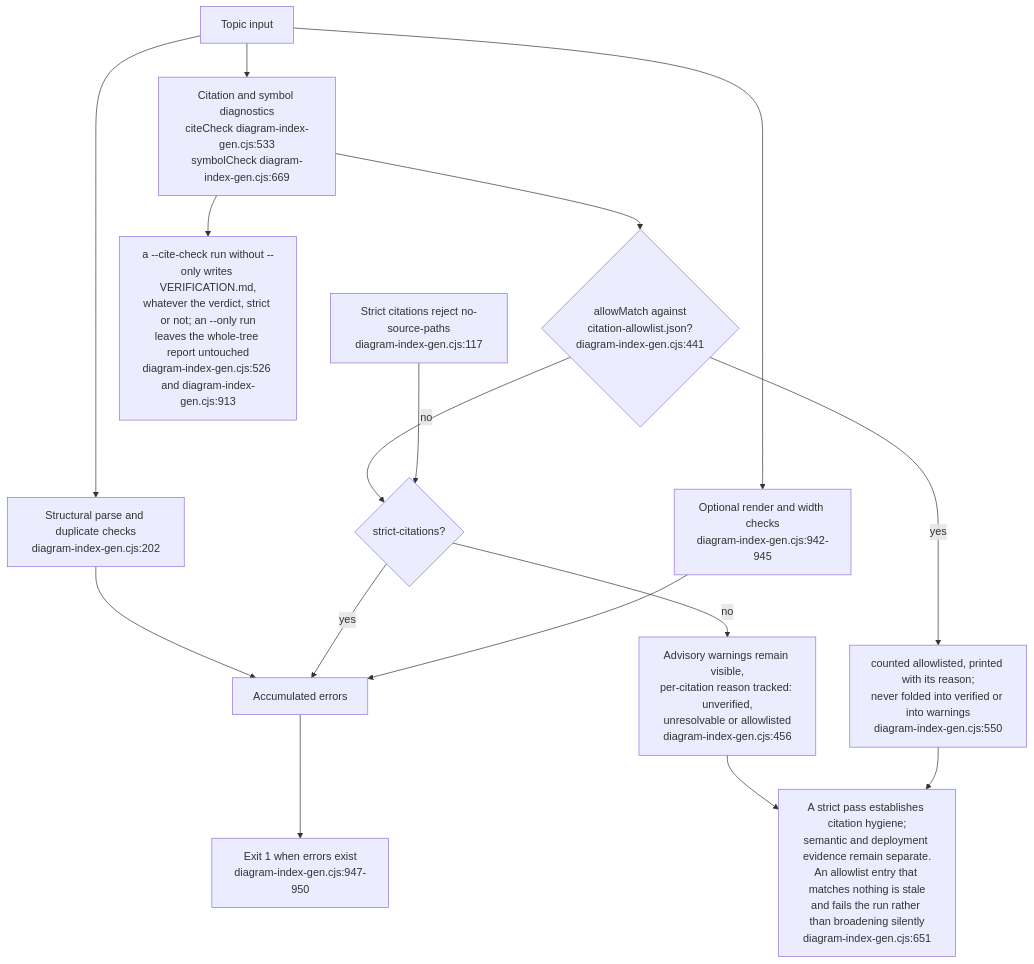
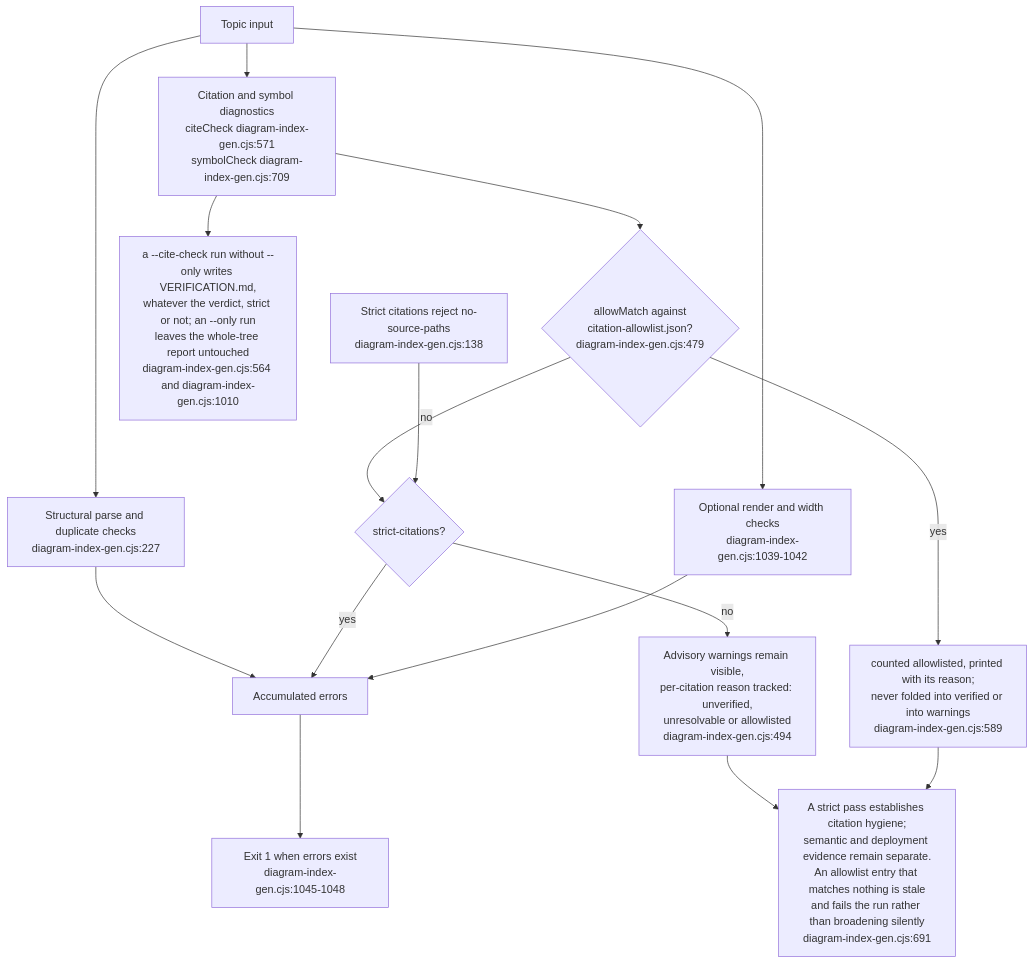
One commit to DreamLab-AI/VisionFlow changed the ninth of 16 diagrams in docs/diagrams/visionflow/06-diagram-tooling.md. Above: the diagram before and after it, drawn with Mermaid. The commit also changed other lines of this file and 2 other files, not shown here.

First line of the commit message:
docs(diagrams): visionflow pass B at VisionFlow dae9ac0 (PRs #43, #44, #45)

````diff
--- a/docs/diagrams/visionflow/06-diagram-tooling.md
+++ b/docs/diagrams/visionflow/06-diagram-tooling.md
@@ -292,19 +298,19 @@
 ```mermaid
 flowchart TB
-    I["Topic input"] --> P["Structural parse and duplicate checks<br/>diagram-index-gen.cjs:202"]
+    I["Topic input"] --> P["Structural parse and duplicate checks<br/>diagram-index-gen.cjs:227"]
     P --> ERR["Accumulated errors"]
-    I --> C["Citation and symbol diagnostics<br/>citeCheck diagram-index-gen.cjs:533<br/>symbolCheck diagram-index-gen.cjs:669"]
-    C --> WAIVE{"allowMatch against<br/>citation-allowlist.json?<br/>diagram-index-gen.cjs:441"}
-    WAIVE -->|yes| NOTE["counted allowlisted, printed with its reason;<br/>never folded into verified or into warnings<br/>diagram-index-gen.cjs:550"]
+    I --> C["Citation and symbol diagnostics<br/>citeCheck diagram-index-gen.cjs:571<br/>symbolCheck diagram-index-gen.cjs:709"]
+    C --> WAIVE{"allowMatch against<br/>citation-allowlist.json?<br/>diagram-index-gen.cjs:479"}
+    WAIVE -->|yes| NOTE["counted allowlisted, printed with its reason;<br/>never folded into verified or into warnings<br/>diagram-index-gen.cjs:589"]
     WAIVE -->|no| STRICT{"strict-citations?"}
     STRICT -->|yes| ERR
-    STRICT -->|no| WARN["Advisory warnings remain visible,<br/>per-citation reason tracked: unverified,<br/>unresolvable or allowlisted<br/>diagram-index-gen.cjs:456"]
-    C --> VER["a --cite-check run without --only writes VERIFICATION.md,<br/>whatever the verdict, strict or not; an --only run<br/>leaves the whole-tree report untouched<br/>diagram-index-gen.cjs:526 and diagram-index-gen.cjs:913"]
-    I --> R["Optional render and width checks<br/>diagram-index-gen.cjs:942-945"]
+    STRICT -->|no| WARN["Advisory warnings remain visible,<br/>per-citation reason tracked: unverified,<br/>unresolvable or allowlisted<br/>diagram-index-gen.cjs:494"]
+    C --> VER["a --cite-check run without --only writes VERIFICATION.md,<br/>whatever the verdict, strict or not; an --only run<br/>leaves the whole-tree report untouched<br/>diagram-index-gen.cjs:564 and diagram-index-gen.cjs:1010"]
+    I --> R["Optional render and width checks<br/>diagram-index-gen.cjs:1039-1042"]
     R --> ERR
-    ERR --> FAIL["Exit 1 when errors exist<br/>diagram-index-gen.cjs:947-950"]
-    MODE["Strict citations reject no-source-paths<br/>diagram-index-gen.cjs:117"] --> STRICT
-    LIMIT["A strict pass establishes citation hygiene;<br/>semantic and deployment evidence remain separate.<br/>An allowlist entry that matches nothing is stale<br/>and fails the run rather than broadening silently<br/>diagram-index-gen.cjs:651"]
+    ERR --> FAIL["Exit 1 when errors exist<br/>diagram-index-gen.cjs:1045-1048"]
+    MODE["Strict citations reject no-source-paths<br/>diagram-index-gen.cjs:138"] --> STRICT
+    LIMIT["A strict pass establishes citation hygiene;<br/>semantic and deployment evidence remain separate.<br/>An allowlist entry that matches nothing is stale<br/>and fails the run rather than broadening silently<br/>diagram-index-gen.cjs:691"]
     WARN --> LIMIT
     NOTE --> LIMIT
 ```
````
